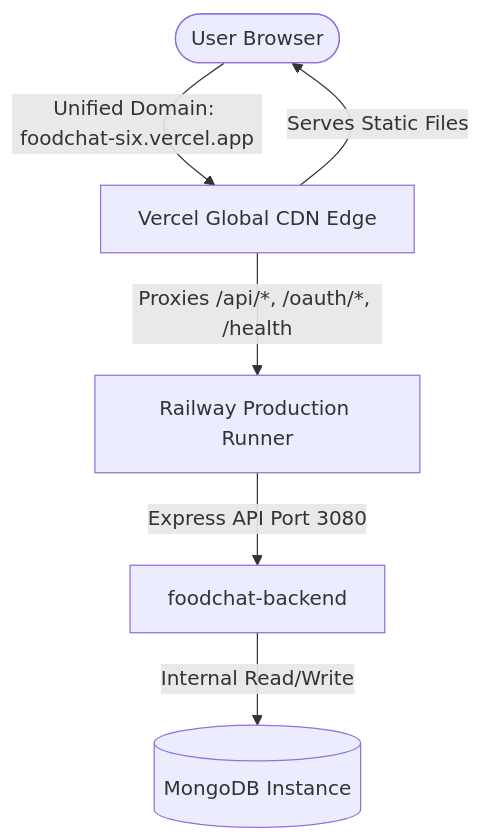
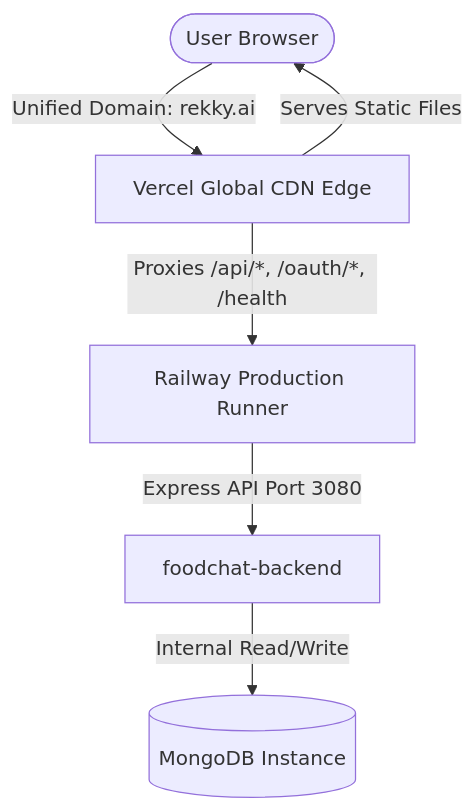
One commit to sahilvermadev/foodchat changed the diagram in DEPLOYMENT.md. Above: the diagram before and after it, drawn with Mermaid. The commit also changed other lines of this file, not shown here.

Commit message:
docs: update production domain references to rekky.ai

````diff
--- a/DEPLOYMENT.md
+++ b/DEPLOYMENT.md
@@ -19,8 +19,8 @@
 ```mermaid
 graph TD
-    User([User Browser]) -->|Unified Domain: foodchat-six.vercel.app| Vercel[Vercel Global CDN Edge]
+    User([User Browser]) -->|Unified Domain: rekky.ai| Vercel[Vercel Global CDN Edge]
     Vercel -->|Serves Static Files| User
     Vercel -->|Proxies /api/*, /oauth/*, /health| Railway[Railway Production Runner]
     Railway -->|Express API Port 3080| Backend[foodchat-backend]
     Backend -->|Internal Read/Write| Mongo[(MongoDB Instance)]
 ```
````
